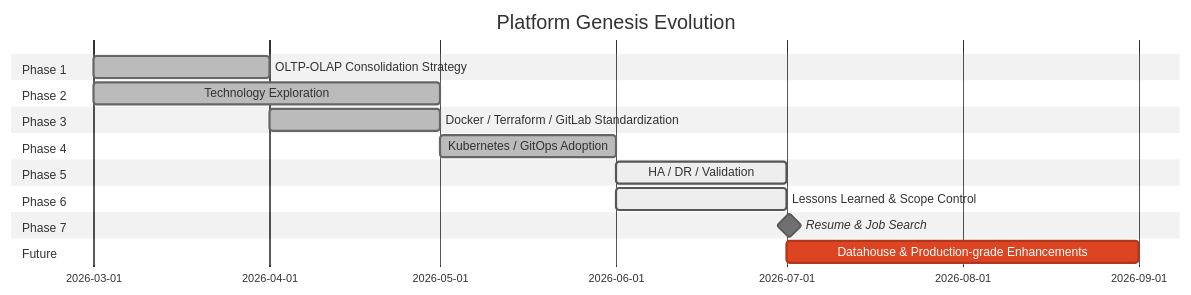
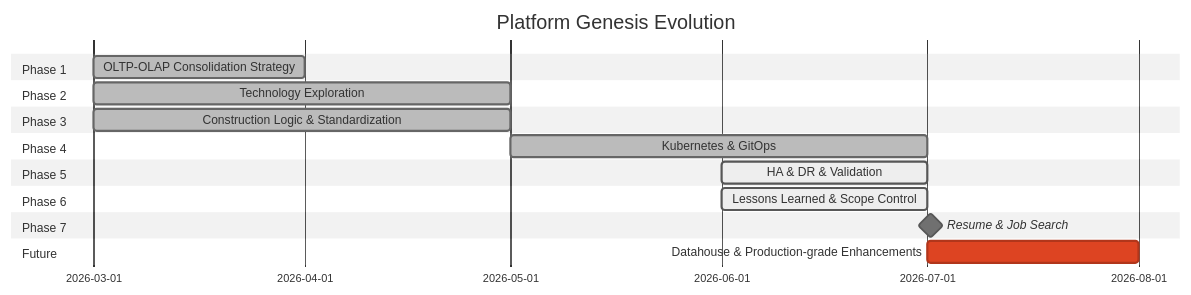
One commit to Junwu0615/Platform-Genesis changed the diagram in README.md. Above: the diagram before and after it, drawn with Mermaid (neutral theme). The commit also changed other lines of this file, not shown here.

````diff
--- a/README.md
+++ b/README.md
@@ -883,30 +884,30 @@
 ```mermaid
 gantt
     title Platform Genesis Evolution
 
     dateFormat YYYY-MM
 
     section Phase 1
     OLTP-OLAP Consolidation Strategy            :done, a1, 2026-03, 1M
 
     section Phase 2
     Technology Exploration                      :done, a2, 2026-03, 2M
 
     section Phase 3
-    Docker / Terraform / GitLab Standardization :done, a3, 2026-04, 1M
+    Construction Logic & Standardization        :done, a3, 2026-03, 2M
 
     section Phase 4
-    Kubernetes / GitOps Adoption                :done, a4, 2026-05, 1M
+    Kubernetes & GitOps                         :done, a4, 2026-05, 2M
 
     section Phase 5
-    HA / DR / Validation                        :active, a5, 2026-06, 1M
+    HA & DR & Validation                        :active, a5, 2026-06, 1M
 
     section Phase 6
     Lessons Learned & Scope Control             :active, a6, 2026-06, 1M
 
     section Phase 7
     Resume & Job Search                         :milestone, a7, 2026-07, 1d
 
     section Future
-    Datahouse & Production-grade Enhancements   :crit, a8, 2026-07, 2M
+    Datahouse & Production-grade Enhancements   :crit, a8, 2026-07, 1M
 ```
````
